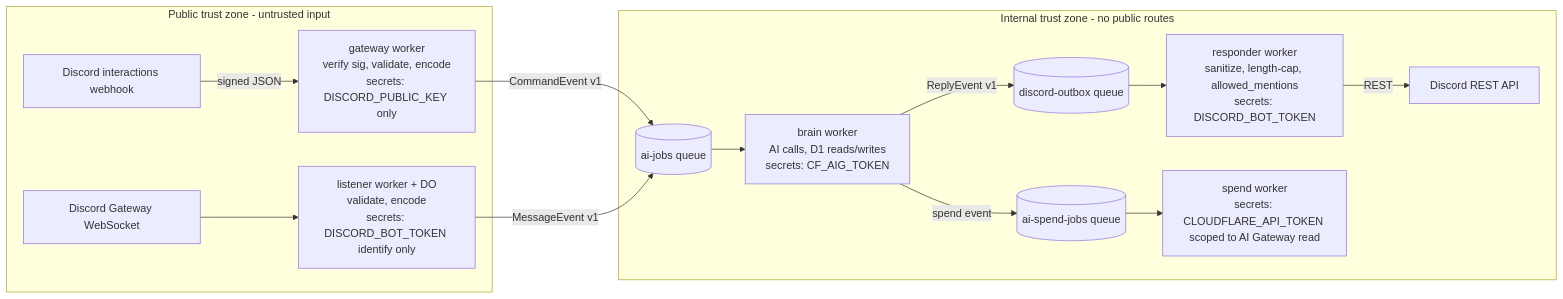
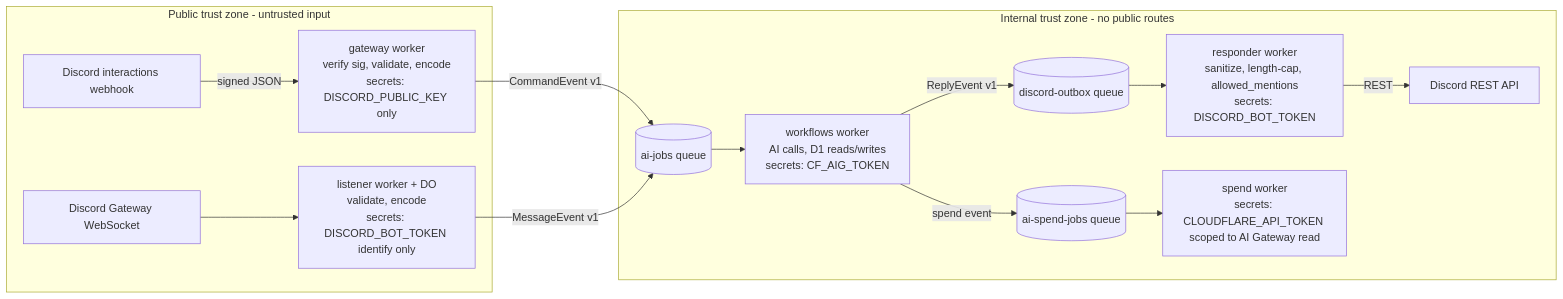
The diagram in RECOMMENDATIONS.md (jackm43/rag), drawn with Mermaid before and after one commit. The commit also changed other lines of this file and 82 other files, not shown here.

````diff
--- a/RECOMMENDATIONS.md
+++ b/RECOMMENDATIONS.md
@@ -51,19 +51,19 @@
 ```mermaid
 flowchart LR
   subgraph public [Public trust zone - untrusted input]
     Discord[Discord interactions webhook] -->|signed JSON| GW[gateway worker\nverify sig, validate, encode\nsecrets: DISCORD_PUBLIC_KEY only]
     WS[Discord Gateway WebSocket] --> DO[listener worker + DO\nvalidate, encode\nsecrets: DISCORD_BOT_TOKEN identify only]
   end
 
   GW -->|CommandEvent v1| JOBS[(ai-jobs queue)]
   DO -->|MessageEvent v1| JOBS
 
   subgraph internal [Internal trust zone - no public routes]
-    JOBS --> BRAIN[brain worker\nAI calls, D1 reads/writes\nsecrets: CF_AIG_TOKEN]
+    JOBS --> BRAIN[workflows worker\nAI calls, D1 reads/writes\nsecrets: CF_AIG_TOKEN]
     BRAIN -->|ReplyEvent v1| OUT[(discord-outbox queue)]
     OUT --> RESP[responder worker\nsanitize, length-cap, allowed_mentions\nsecrets: DISCORD_BOT_TOKEN]
     RESP -->|REST| DiscordAPI[Discord REST API]
     BRAIN -->|spend event| SPEND[(ai-spend-jobs queue)]
     SPEND --> SPENDW[spend worker\nsecrets: CLOUDFLARE_API_TOKEN scoped to AI Gateway read]
   end
 ```
````
